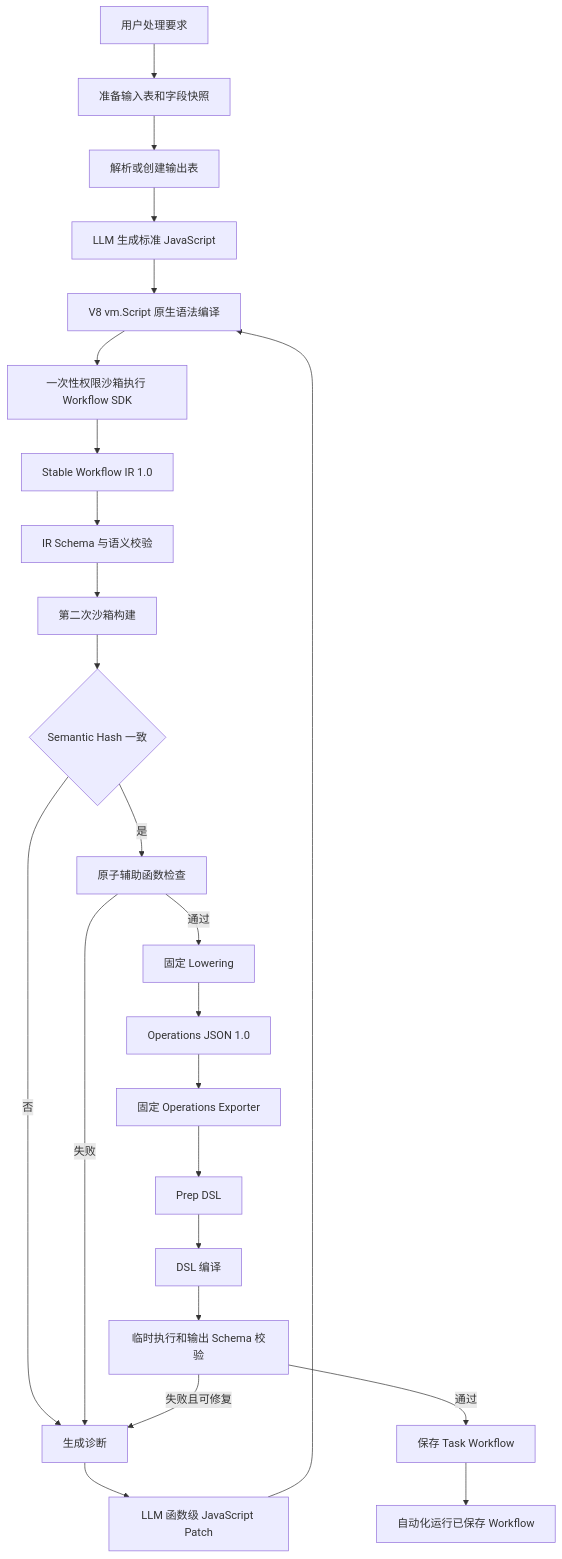
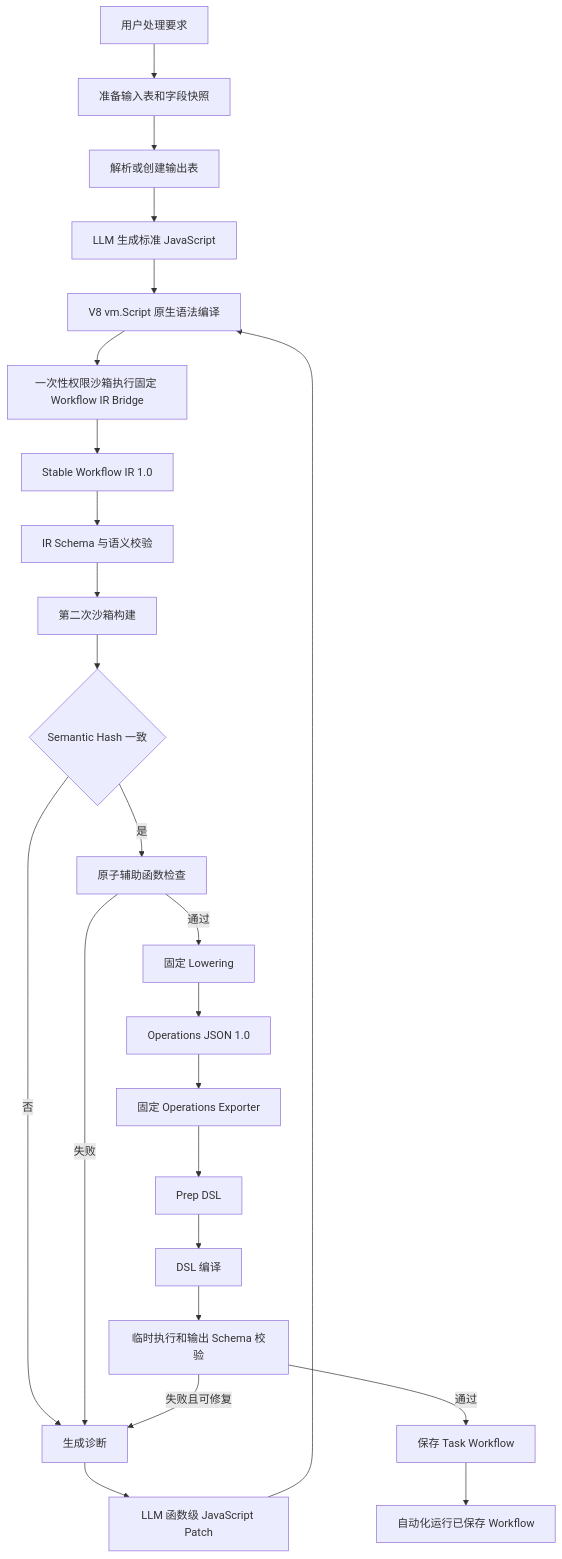
One commit to tyro668/sophron-cowork-desktop changed the diagram in design/automation/data-processing-automation-rp.md. Above: the diagram before and after it, drawn with Mermaid. The commit also changed other lines of this file, not shown here.

````diff
--- a/design/automation/data-processing-automation-rp.md
+++ b/design/automation/data-processing-automation-rp.md
@@ -26,26 +26,26 @@
 ```mermaid
 flowchart TD
     A[用户处理要求] --> B[准备输入表和字段快照]
     B --> C[解析或创建输出表]
     C --> D[LLM 生成标准 JavaScript]
     D --> E[V8 vm.Script 原生语法编译]
-    E --> F[一次性权限沙箱执行 Workflow SDK]
+    E --> F[一次性权限沙箱执行固定 Workflow IR Bridge]
     F --> G[Stable Workflow IR 1.0]
     G --> H[IR Schema 与语义校验]
     H --> I[第二次沙箱构建]
     I --> J{Semantic Hash 一致}
     J -->|否| R[生成诊断]
     J -->|是| K[原子辅助函数检查]
     K -->|失败| R
     R --> P[LLM 函数级 JavaScript Patch]
     P --> E
     K -->|通过| L[固定 Lowering]
     L --> M[Operations JSON 1.0]
     M --> N[固定 Operations Exporter]
     N --> O[Prep DSL]
     O --> Q[DSL 编译]
     Q --> S[临时执行和输出 Schema 校验]
     S -->|失败且可修复| R
     S -->|通过| T[保存 Task Workflow]
     T --> U[自动化运行已保存 Workflow]
 ```
````
